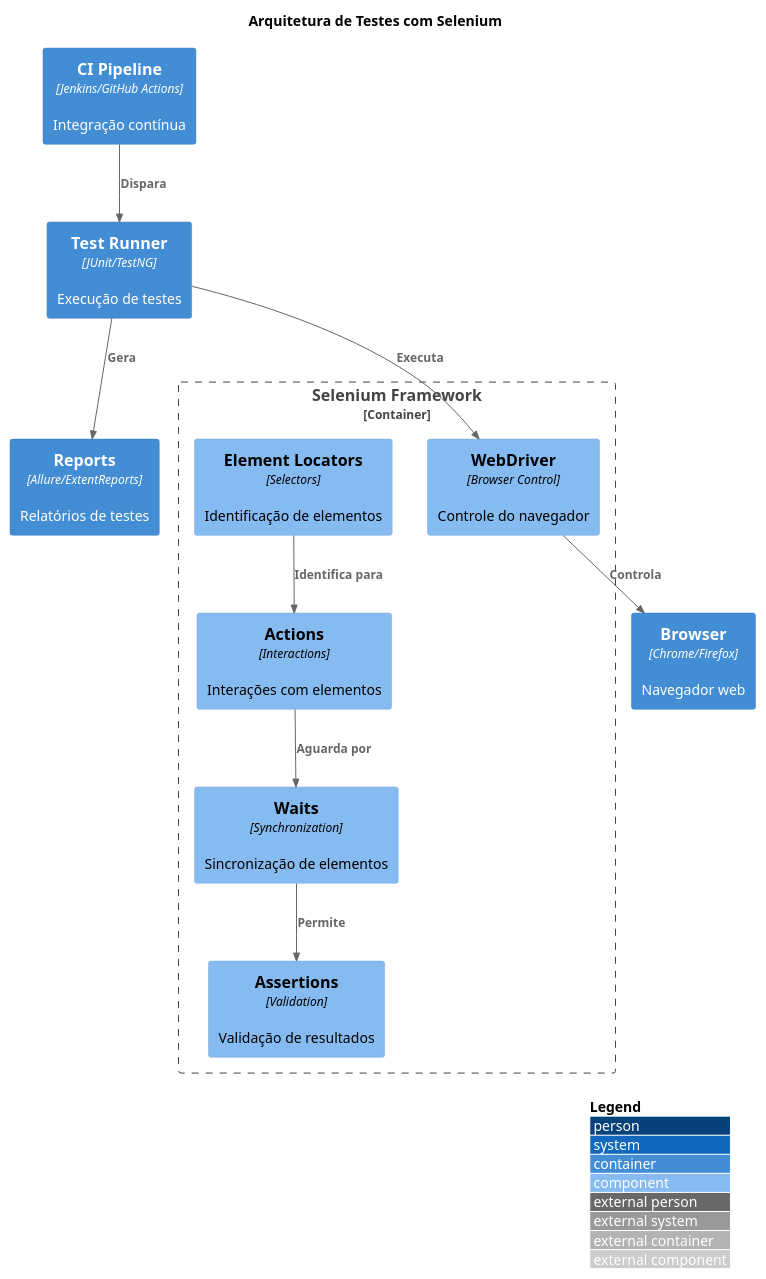
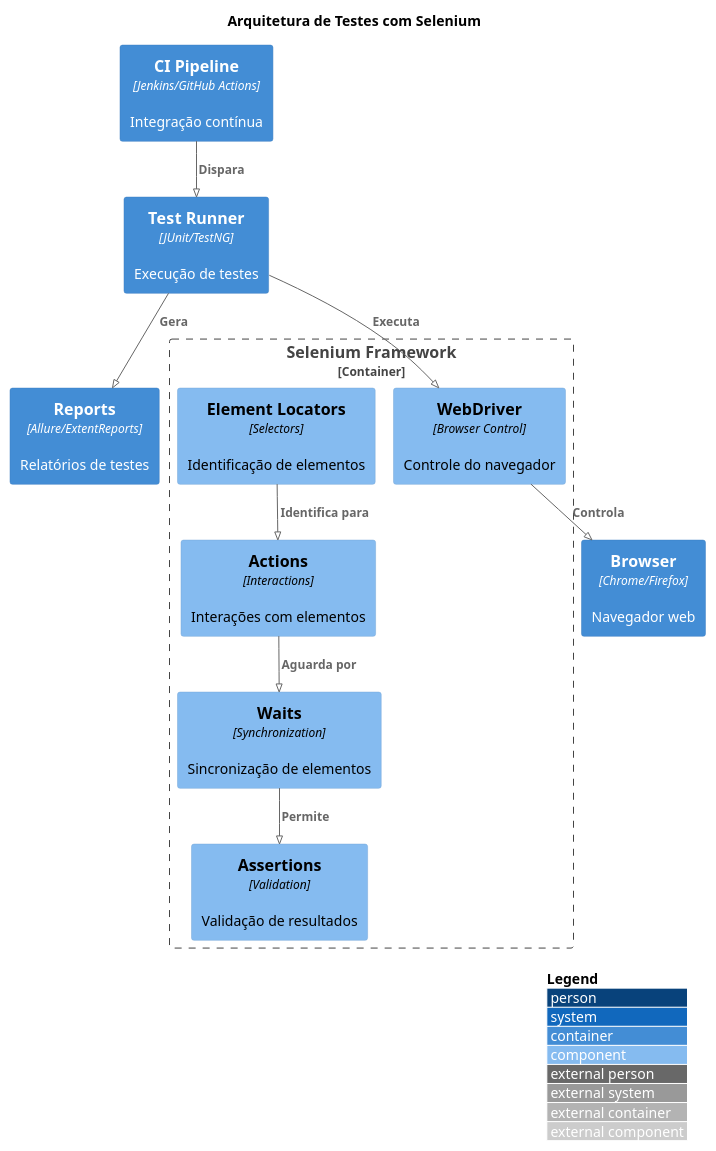
The diagram in diagrams/adr-050-selenium-tests.puml (tiagonpsilva/architecture-decision-records), drawn with PlantUML before and after one commit. The commit also changed 6 other files, not shown here.

Commit message:
fix: corrige versão do PlantUML para 1.2023.7 nos diagramas ADR-049 a ADR-055

```diff
--- a/diagrams/adr-050-selenium-tests.puml
+++ b/diagrams/adr-050-selenium-tests.puml
@@ -1,30 +1,33 @@
-@startuml Selenium Tests
+@startuml
+!pragma layout smetana
+' version 1.2023.7
+!include C4_Container.puml
 
 !include https://raw.githubusercontent.com/plantuml-stdlib/C4-PlantUML/master/C4_Component.puml
 
 LAYOUT_WITH_LEGEND()
 
 title Arquitetura de Testes com Selenium
 
 Container_Boundary(selenium, "Selenium Framework") {
     Component(webdriver, "WebDriver", "Browser Control", "Controle do navegador")
     Component(locators, "Element Locators", "Selectors", "Identificação de elementos")
     Component(actions, "Actions", "Interactions", "Interações com elementos")
     Component(waits, "Waits", "Synchronization", "Sincronização de elementos")
     Component(assertions, "Assertions", "Validation", "Validação de resultados")
 }
 
 Container(browser, "Browser", "Chrome/Firefox", "Navegador web")
 Container(testrunner, "Test Runner", "JUnit/TestNG", "Execução de testes")
 Container(ci, "CI Pipeline", "Jenkins/GitHub Actions", "Integração contínua")
 Container(report, "Reports", "Allure/ExtentReports", "Relatórios de testes")
 
 Rel(testrunner, webdriver, "Executa")
 Rel(webdriver, browser, "Controla")
 Rel(locators, actions, "Identifica para")
 Rel(actions, waits, "Aguarda por")
 Rel(waits, assertions, "Permite")
 Rel(testrunner, report, "Gera")
 Rel(ci, testrunner, "Dispara")
 
 @enduml 
```
